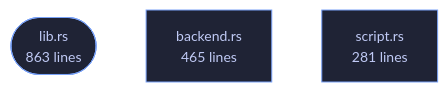
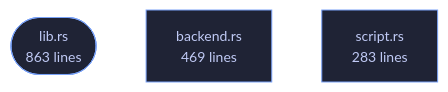
One commit to tilas01/veilvoice changed the diagram in crates/veilvoice-gnupg/README.md. Above: the diagram before and after it, drawn with Mermaid. The commit also changed other lines of this file and 118 other files, not shown here.

````diff
--- a/crates/veilvoice-gnupg/README.md
+++ b/crates/veilvoice-gnupg/README.md
@@ -107,10 +107,10 @@
 ```mermaid
 %%{init: {"theme":"base","themeVariables":{"background":"#1a1b26","primaryColor":"#1f2335","primaryTextColor":"#c0caf5","primaryBorderColor":"#7aa2f7","secondaryColor":"#16161e","tertiaryColor":"#16161e","lineColor":"#737aa2","textColor":"#c0caf5","mainBkg":"#1f2335","nodeBorder":"#7aa2f7","clusterBkg":"#16161e","clusterBorder":"#2f3549","fontFamily":"ui-monospace, SFMono-Regular, Consolas, monospace","fontSize":"14px"}}}%%
 flowchart TD
     n_lib(["lib.rs<br/>863 lines"])
-    n_backend["backend.rs<br/>465 lines"]
-    n_script["script.rs<br/>281 lines"]
+    n_backend["backend.rs<br/>469 lines"]
+    n_script["script.rs<br/>283 lines"]
     click n_lib href "https://github.com/tilas01/veilvoice/blob/main/crates/veilvoice-gnupg/src/lib.rs" "open the source"
     click n_backend href "https://github.com/tilas01/veilvoice/blob/main/crates/veilvoice-gnupg/src/backend.rs" "open the source"
     click n_script href "https://github.com/tilas01/veilvoice/blob/main/crates/veilvoice-gnupg/src/script.rs" "open the source"
 ```
````
